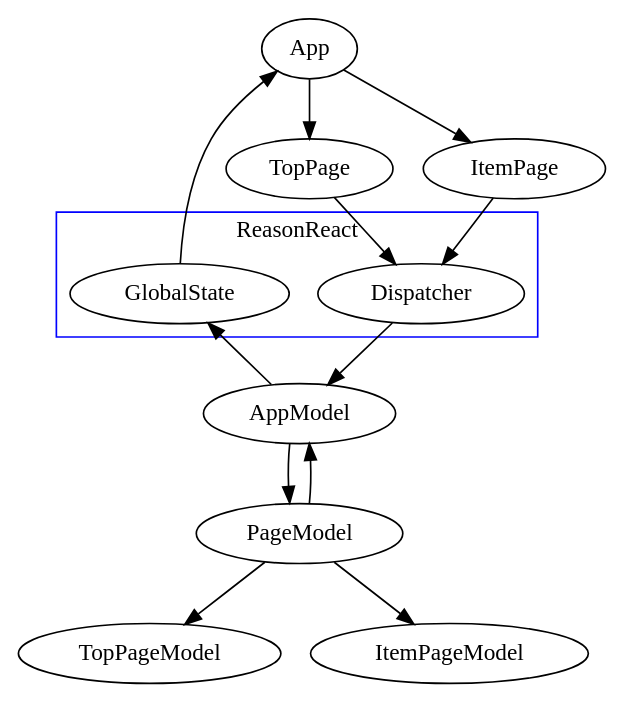
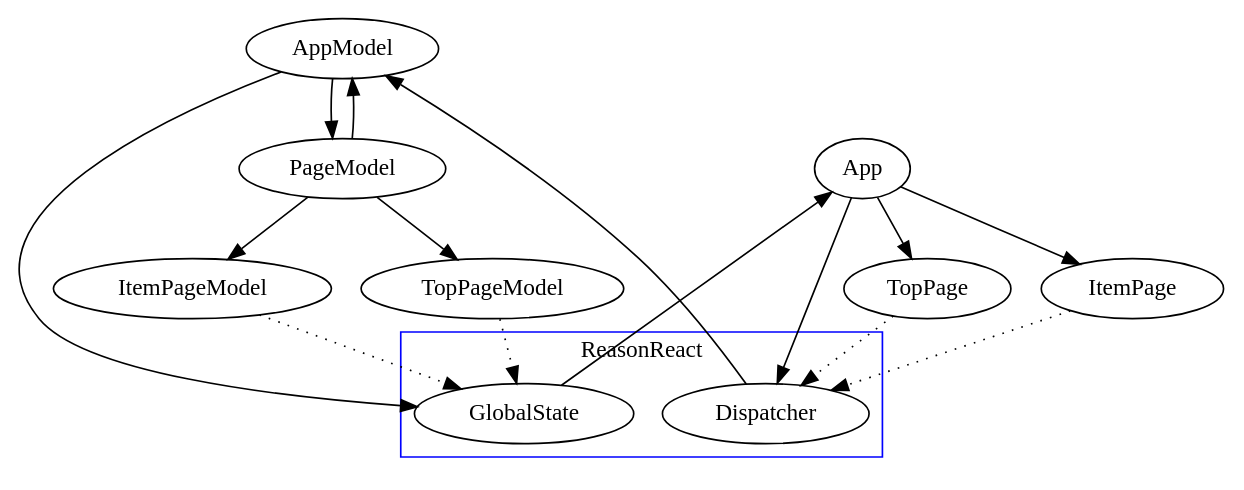
Before and after one commit to soebosi/reasonml-pwa-tutorial: the diagram in doc/client_architecture.dot, drawn with Graphviz.

Commit message:
Use dotted edge

```diff
--- a/doc/client_architecture.dot
+++ b/doc/client_architecture.dot
@@ -1,24 +1,28 @@
 digraph {
   subgraph cluster_0 {
     label = "ReasonReact";
     color = blue;
     Dispatcher;
     GlobalState;
   }
-  App -> TopPage
-  App -> ItemPage
+  App -> TopPage;
+  App -> ItemPage;
 
-  TopPage -> Dispatcher
-  ItemPage -> Dispatcher
+  App -> Dispatcher;
+  TopPage -> Dispatcher [style = dotted];
+  ItemPage -> Dispatcher [style = dotted];
 
-  Dispatcher -> AppModel
+  Dispatcher -> AppModel;
 
-  AppModel -> PageModel
-  PageModel -> AppModel
+  AppModel -> PageModel;
+  PageModel -> AppModel;
 
-  AppModel -> GlobalState
-  GlobalState -> App
+  AppModel -> GlobalState;
+  GlobalState -> App;
 
-  PageModel -> TopPageModel
-  PageModel -> ItemPageModel
+  PageModel -> TopPageModel;
+  PageModel -> ItemPageModel;
+
+  TopPageModel -> GlobalState [style = dotted];
+  ItemPageModel -> GlobalState [style = dotted];
 }
```
